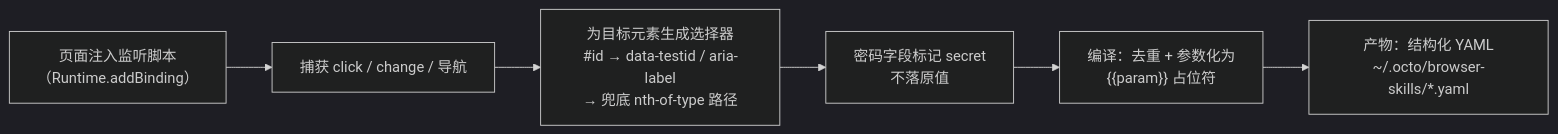
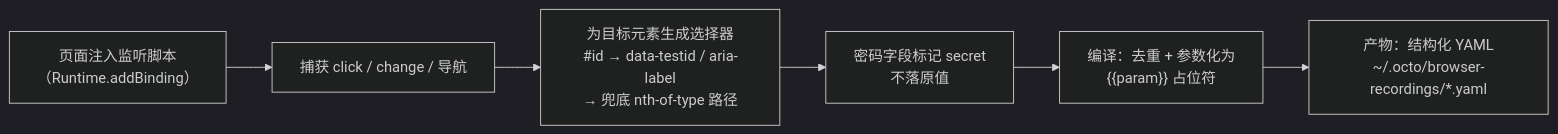
The seventh of 8 diagrams in blog/src/content/posts/zh/architecture-deep-dive.md (qwer233qq/octo-agent), drawn with Mermaid (dark theme) before and after one commit. The commit also changed other lines of this file and 3 other files, not shown here.

````diff
--- a/blog/src/content/posts/zh/architecture-deep-dive.md
+++ b/blog/src/content/posts/zh/architecture-deep-dive.md
@@ -228,8 +338,8 @@
 ```mermaid
 flowchart LR
     A["页面注入监听脚本<br/>（Runtime.addBinding）"] --> B["捕获 click / change / 导航"]
     B --> C["为目标元素生成选择器<br/>#id → data-testid / aria-label<br/>→ 兜底 nth-of-type 路径"]
     C --> D["密码字段标记 secret<br/>不落原值"]
     D --> E["编译：去重 + 参数化为<br/>{{param}} 占位符"]
-    E --> F["产物：结构化 YAML<br/>~/.octo/browser-skills/*.yaml"]
+    E --> F["产物：结构化 YAML<br/>~/.octo/browser-recordings/*.yaml"]
 ```
````
